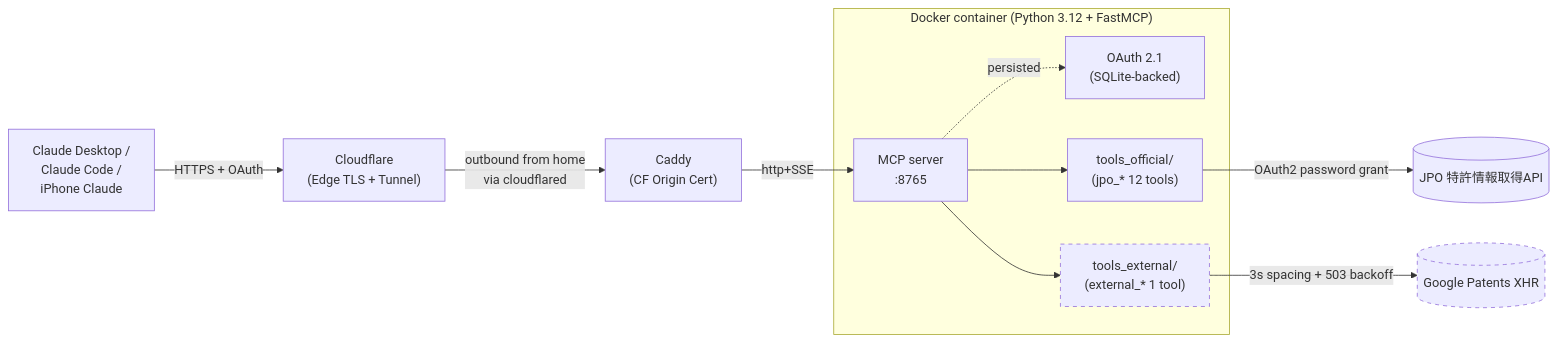
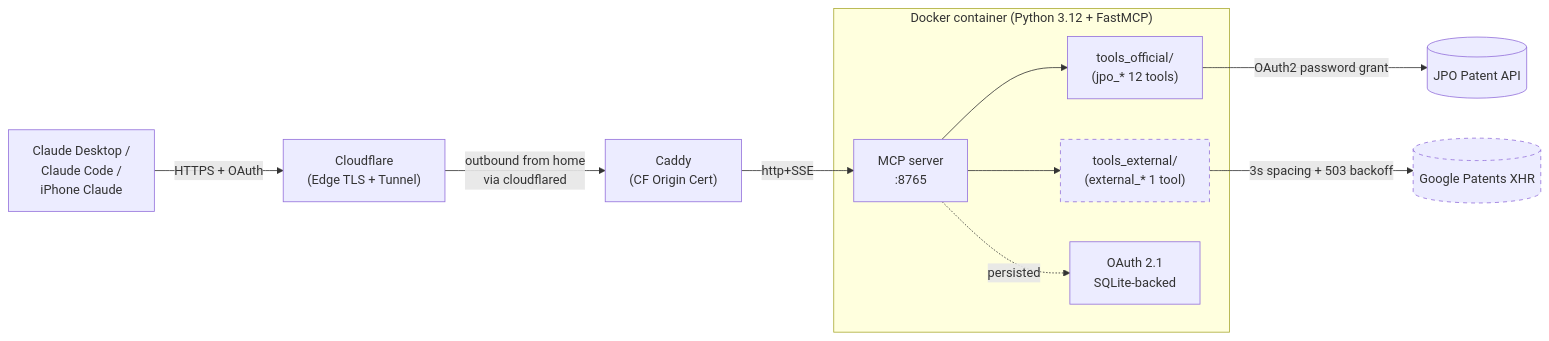
The diagram in README.md (kitepon-rgb/IP-MCP), drawn with Mermaid before and after one commit. The commit also changed other lines of this file and 2 other files, not shown here.

````diff
--- a/README.md
+++ b/README.md
@@ -54,26 +60,26 @@
 ```mermaid
 flowchart LR
     User["Claude Desktop /<br/>Claude Code /<br/>iPhone Claude"]
     CF["Cloudflare<br/>(Edge TLS + Tunnel)"]
     Caddy["Caddy<br/>(CF Origin Cert)"]
-    OAuth["OAuth 2.1<br/>(SQLite-backed)"]
 
     User -->|"HTTPS + OAuth"| CF
     CF -->|"outbound from home<br/>via cloudflared"| Caddy
     Caddy -->|"http+SSE"| MCP
 
     subgraph Docker["Docker container (Python 3.12 + FastMCP)"]
       MCP["MCP server<br/>:8765"]
       Official["tools_official/<br/>(jpo_* 12 tools)"]
       External["tools_external/<br/>(external_* 1 tool)"]
+      OAuth["OAuth 2.1<br/>SQLite-backed"]
       MCP --> Official
       MCP --> External
       MCP -.->|"persisted"| OAuth
     end
 
-    Official -->|"OAuth2 password grant"| JPO[("JPO 特許情報取得API")]
+    Official -->|"OAuth2 password grant"| JPO[("JPO Patent API")]
     External -->|"3s spacing + 503 backoff"| GP[("Google Patents XHR")]
 
     classDef boundary stroke-dasharray: 5 5
     class External,GP boundary
 ```
````
